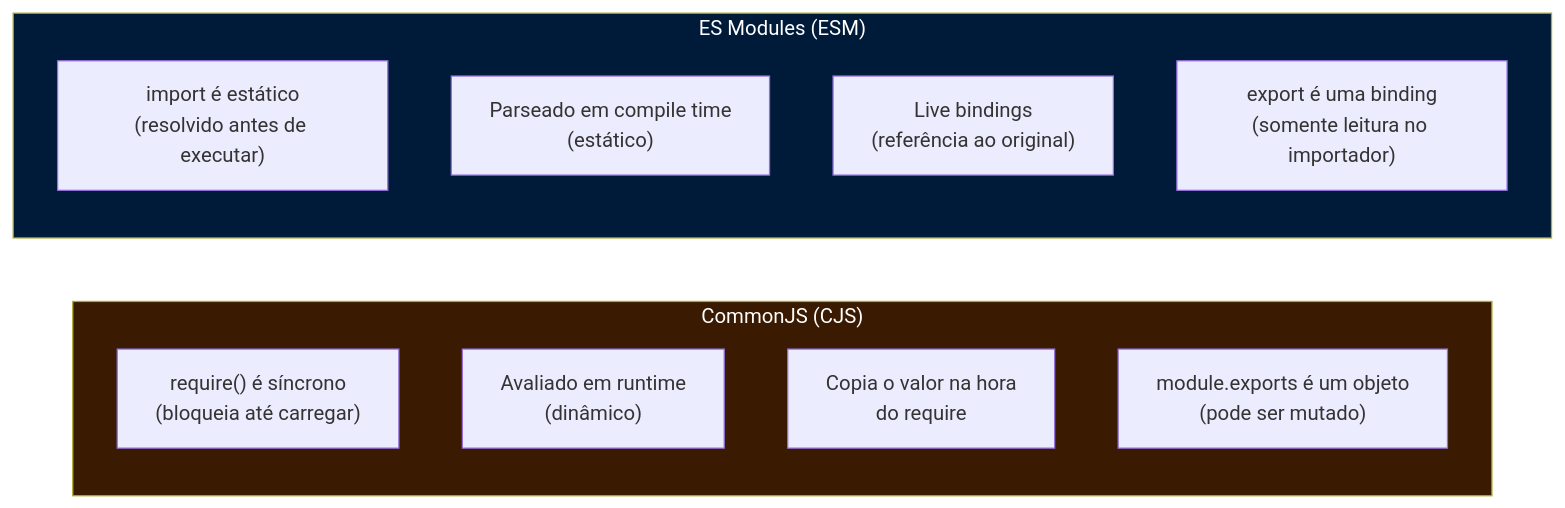
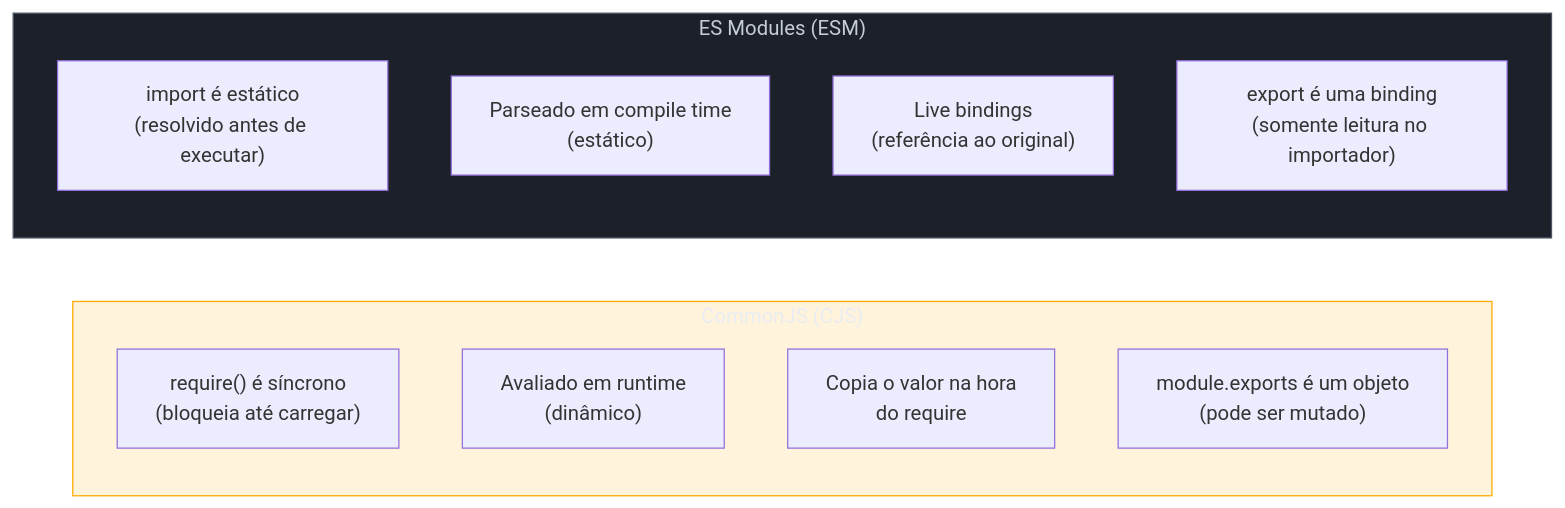
One commit to josenaldo/codex-technomanticus changed the second of 7 diagrams in 03-Dominios/Tecnologia/TypeScript/21 - Modules - ESM, CJS e type-only imports.md. Above: the diagram before and after it, drawn with Mermaid. The commit also changed other lines of this file and 1181 other files, not shown here.

First line of the commit message:
fix(diagramas): paleta do sistema no lugar de cor cravada no markdown

````diff
--- a/03-Dominios/Tecnologia/TypeScript/21 - Modules - ESM, CJS e type-only imports.md
+++ b/03-Dominios/Tecnologia/TypeScript/21 - Modules - ESM, CJS e type-only imports.md
@@ -54,21 +54,23 @@
 ```mermaid
 flowchart LR
+    classDef destaque fill:#FFAA0024,stroke:#FFAA00,color:#E9ECF2
+    classDef neutro fill:#1B2029,stroke:#4E5666,color:#C6CCD8
     subgraph CJS["CommonJS (CJS)"]
         direction TB
         CQ["require() é síncrono\n(bloqueia até carregar)"]
         CD["Avaliado em runtime\n(dinâmico)"]
         CC["Copia o valor na hora\ndo require"]
         CE["module.exports é um objeto\n(pode ser mutado)"]
     end
 
     subgraph ESM["ES Modules (ESM)"]
         direction TB
         EQ["import é estático\n(resolvido antes de executar)"]
         ED["Parseado em compile time\n(estático)"]
         EC["Live bindings\n(referência ao original)"]
         EE["export é uma binding\n(somente leitura no importador)"]
     end
 
-    style CJS fill:#3a1a00,color:#fff
-    style ESM fill:#001a3a,color:#fff
+    class CJS destaque
+    class ESM neutro
 ```
````
